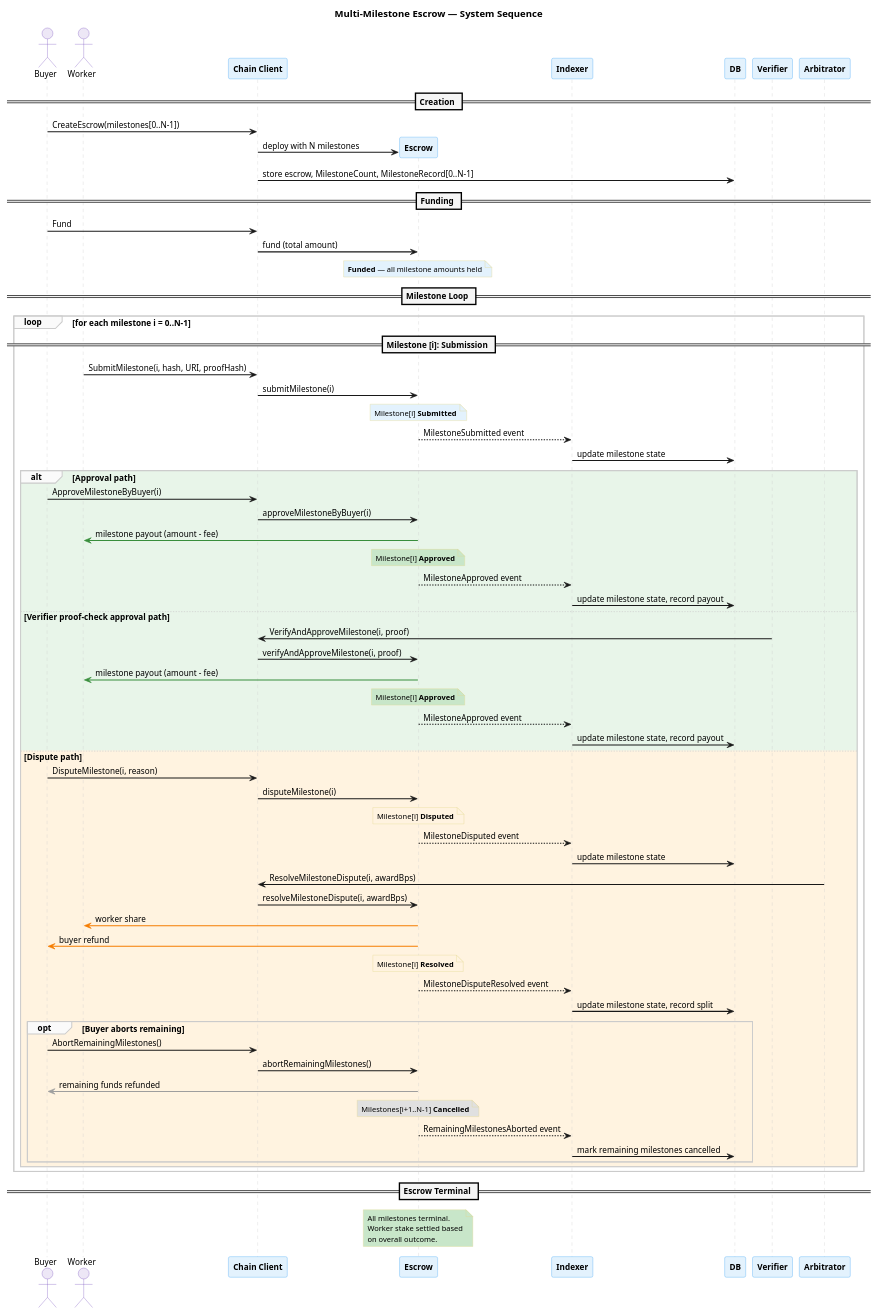
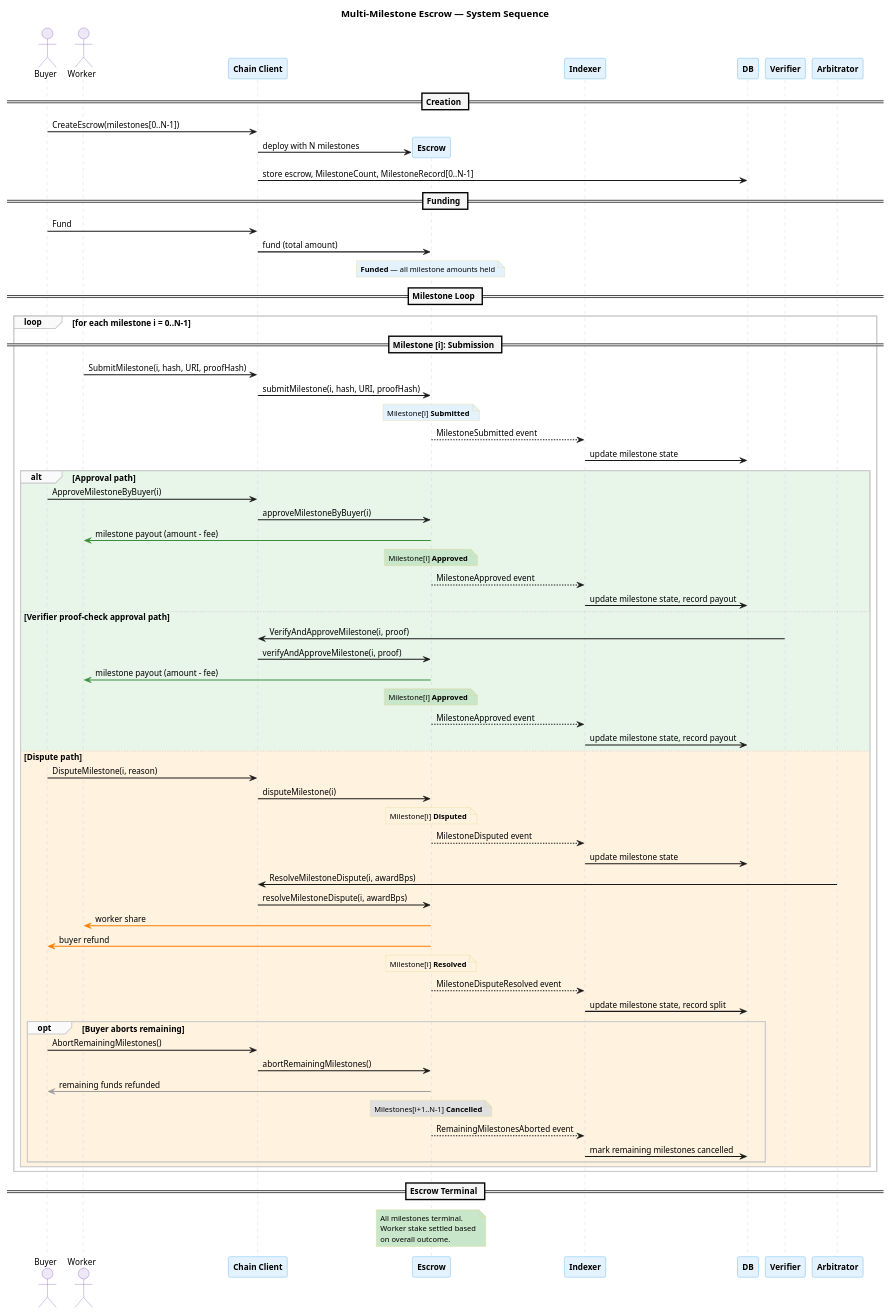
The third of 5 diagrams in docs/diagrams/lifecycle-sequence.puml (eddiefleurent/agent-escrow), drawn with PlantUML before and after one commit. The commit also changed 18 other files, not shown here.

```diff
--- a/docs/diagrams/lifecycle-sequence.puml
+++ b/docs/diagrams/lifecycle-sequence.puml
@@ -199,114 +199,114 @@
 @startuml milestone-system-sequence
 skinparam backgroundColor #FFFFFF
 skinparam defaultFontName "Helvetica"
 skinparam defaultFontSize 12
 skinparam shadowing false
 skinparam sequenceArrowThickness 1.5
 skinparam sequenceLifeLineBorderColor #CCCCCC
 skinparam sequenceDividerBackgroundColor #F5F5F5
 skinparam sequenceDividerFontStyle bold
 skinparam sequenceGroupBackgroundColor #FAFAFA
 skinparam sequenceGroupBorderColor #CCCCCC
 
 skinparam participant {
   BorderColor #42A5F5
   BackgroundColor #E3F2FD
   FontStyle bold
 }
 
 skinparam actor {
   BorderColor #7E57C2
   BackgroundColor #EDE7F6
 }
 
 skinparam note {
   BackgroundColor #FFFDE7
   BorderColor #E0D68A
   FontSize 11
 }
 
 title Multi-Milestone Escrow — System Sequence
 
 actor "Buyer" as buyer
 actor "Worker" as worker
 participant "Chain Client" as chain
 participant "Escrow" as escrow
 participant "Indexer" as indexer
 participant "DB" as db
 
 == Creation ==
 
 buyer -> chain : CreateEscrow(milestones[0..N-1])
 chain -> escrow ** : deploy with N milestones
 chain -> db : store escrow, MilestoneCount, MilestoneRecord[0..N-1]
 
 == Funding ==
 
 buyer -> chain : Fund
 chain -> escrow : fund (total amount)
 note over escrow #E3F2FD : **Funded** — all milestone amounts held
 
 == Milestone Loop ==
 
 loop for each milestone i = 0..N-1
 
   == Milestone [i]: Submission ==
 
   worker -> chain : SubmitMilestone(i, hash, URI, proofHash)
-  chain -> escrow : submitMilestone(i)
+  chain -> escrow : submitMilestone(i, hash, URI, proofHash)
   note over escrow #E3F2FD : Milestone[i] **Submitted**
   escrow --> indexer : MilestoneSubmitted event
   indexer -> db : update milestone state
 
   alt #E8F5E9 Approval path
     buyer -> chain : ApproveMilestoneByBuyer(i)
     chain -> escrow : approveMilestoneByBuyer(i)
     escrow -[#388E3C]> worker : milestone payout (amount - fee)
     note over escrow #C8E6C9 : Milestone[i] **Approved**
     escrow --> indexer : MilestoneApproved event
     indexer -> db : update milestone state, record payout
 
   else #E8F5E9 Verifier proof-check approval path
     "Verifier" as verifier -> chain : VerifyAndApproveMilestone(i, proof)
     chain -> escrow : verifyAndApproveMilestone(i, proof)
     escrow -[#388E3C]> worker : milestone payout (amount - fee)
     note over escrow #C8E6C9 : Milestone[i] **Approved**
     escrow --> indexer : MilestoneApproved event
     indexer -> db : update milestone state, record payout
 
   else #FFF3E0 Dispute path
     buyer -> chain : DisputeMilestone(i, reason)
     chain -> escrow : disputeMilestone(i)
     note over escrow #FFF3E0 : Milestone[i] **Disputed**
     escrow --> indexer : MilestoneDisputed event
     indexer -> db : update milestone state
 
     "Arbitrator" as arbitrator -> chain : ResolveMilestoneDispute(i, awardBps)
     chain -> escrow : resolveMilestoneDispute(i, awardBps)
     escrow -[#F57C00]> worker : worker share
     escrow -[#F57C00]> buyer : buyer refund
     note over escrow #FFF3E0 : Milestone[i] **Resolved**
     escrow --> indexer : MilestoneDisputeResolved event
     indexer -> db : update milestone state, record split
 
     opt Buyer aborts remaining
       buyer -> chain : AbortRemainingMilestones()
       chain -> escrow : abortRemainingMilestones()
       escrow -[#9E9E9E]> buyer : remaining funds refunded
       note over escrow #E0E0E0 : Milestones[i+1..N-1] **Cancelled**
       escrow --> indexer : RemainingMilestonesAborted event
       indexer -> db : mark remaining milestones cancelled
     end
   end
 
 end
 
 == Escrow Terminal ==
 
 note over escrow #C8E6C9
   All milestones terminal.
   Worker stake settled based
   on overall outcome.
 end note
 
 @enduml
```
